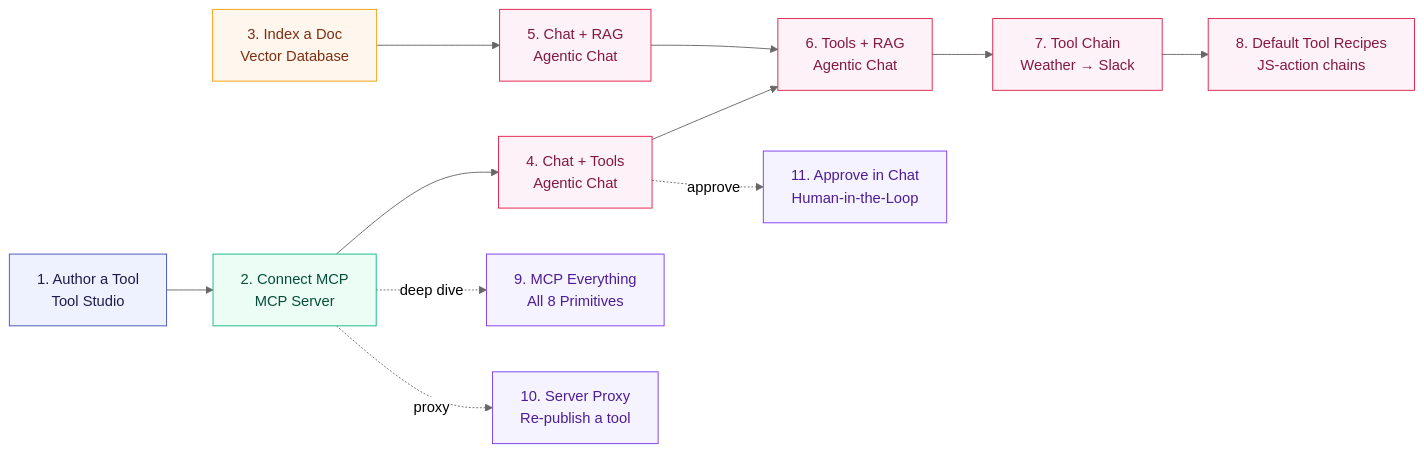
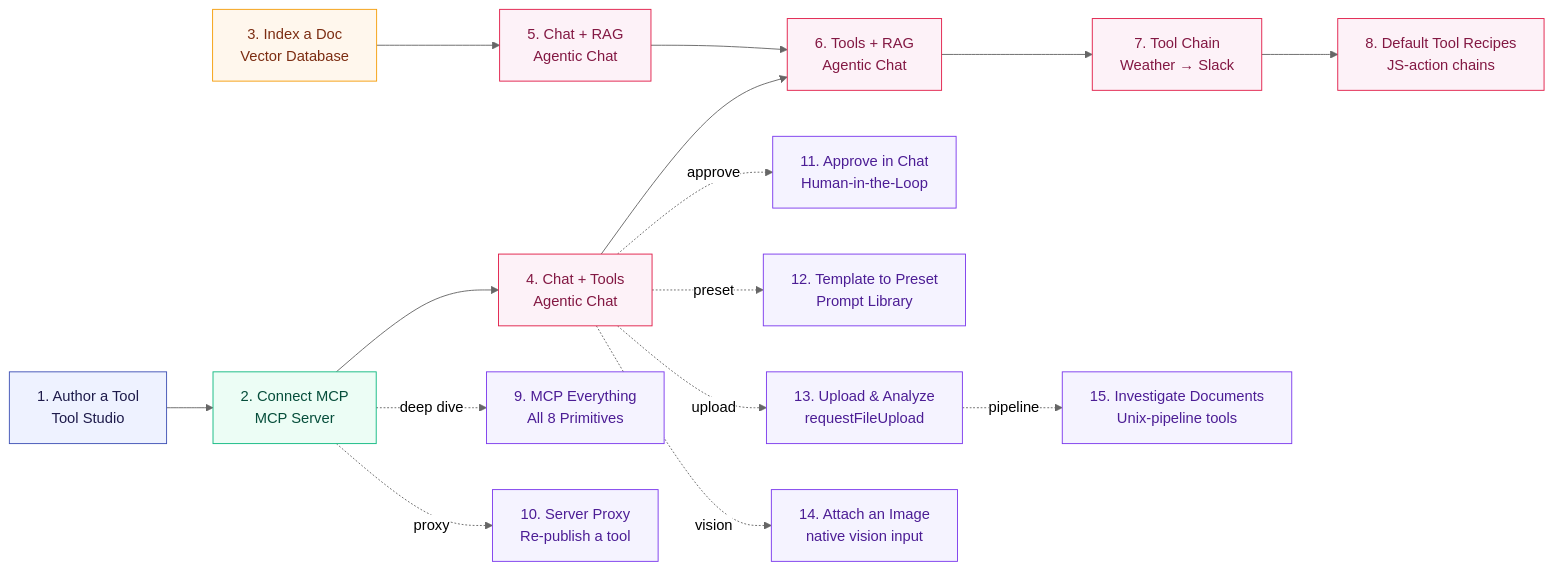
The diagram in docs/tutorials/index.md (JM-Lab/spring-ai-playground), drawn with Mermaid (neutral theme) before and after one commit. The commit also changed other lines of this file and 248 other files, not shown here.

````diff
--- a/docs/tutorials/index.md
+++ b/docs/tutorials/index.md
@@ -11,34 +11,42 @@
 ```mermaid
 flowchart LR
   T1["1. Author a Tool<br/>Tool Studio"]
   T2["2. Connect MCP<br/>MCP Server"]
   T3["3. Index a Doc<br/>Vector Database"]
   T4["4. Chat + Tools<br/>Agentic Chat"]
   T5["5. Chat + RAG<br/>Agentic Chat"]
   T6["6. Tools + RAG<br/>Agentic Chat"]
   T7["7. Tool Chain<br/>Weather → Slack"]
   T8["8. Default Tool Recipes<br/>JS-action chains"]
   T9["9. MCP Everything<br/>All 8 Primitives"]
   T10["10. Server Proxy<br/>Re-publish a tool"]
   T11["11. Approve in Chat<br/>Human-in-the-Loop"]
+  T12["12. Template to Preset<br/>Prompt Library"]
+  T13["13. Upload & Analyze<br/>requestFileUpload"]
+  T14["14. Attach an Image<br/>native vision input"]
+  T15["15. Investigate Documents<br/>Unix-pipeline tools"]
   T1 --> T2
   T2 --> T4
   T3 --> T5
   T4 --> T6
   T5 --> T6
   T6 --> T7
   T7 --> T8
   T2 -. deep dive .-> T9
   T2 -. proxy .-> T10
   T4 -. approve .-> T11
+  T4 -. preset .-> T12
+  T4 -. upload .-> T13
+  T4 -. vision .-> T14
+  T13 -. pipeline .-> T15
   classDef build fill:#eef2ff,stroke:#3F51B5,color:#1e1b4b
   classDef validate fill:#ecfdf5,stroke:#10b981,color:#064e3b
   classDef ground fill:#fff7ed,stroke:#f59e0b,color:#7c2d12
   classDef compose fill:#fdf2f8,stroke:#e11d48,color:#831843
   classDef bonus fill:#f5f3ff,stroke:#7c3aed,color:#4c1d95
   class T1 build
   class T2 validate
   class T3 ground
   class T4,T5,T6,T7,T8 compose
-  class T9,T10,T11 bonus
+  class T9,T10,T11,T12,T13,T14,T15 bonus
 ```
````
